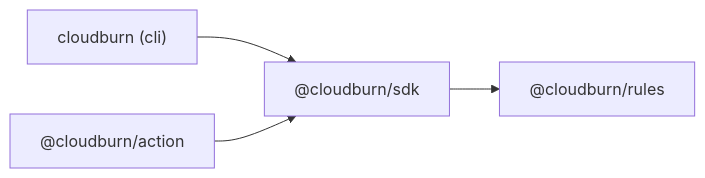
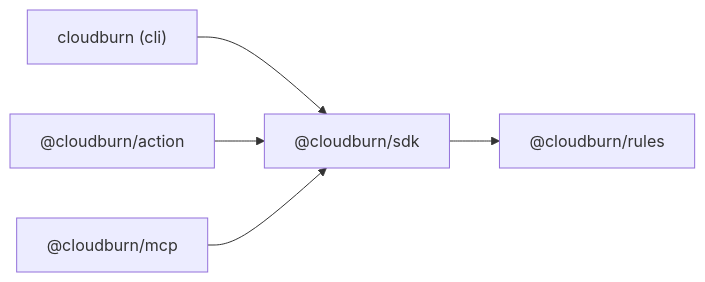
One commit to towardsthecloud/cloudburn changed the first of 3 diagrams in docs/ARCHITECTURE.md. Above: the diagram before and after it, drawn with Mermaid. The commit also changed other lines of this file and 11 other files, not shown here.

````diff
--- a/docs/ARCHITECTURE.md
+++ b/docs/ARCHITECTURE.md
@@ -7,6 +7,7 @@
 ```mermaid
 graph LR
   CLI["cloudburn (cli)"] --> SDK["@cloudburn/sdk"]
   Action["@cloudburn/action"] --> SDK
+  MCP["@cloudburn/mcp"] --> SDK
   SDK --> Rules["@cloudburn/rules"]
 ```
````
